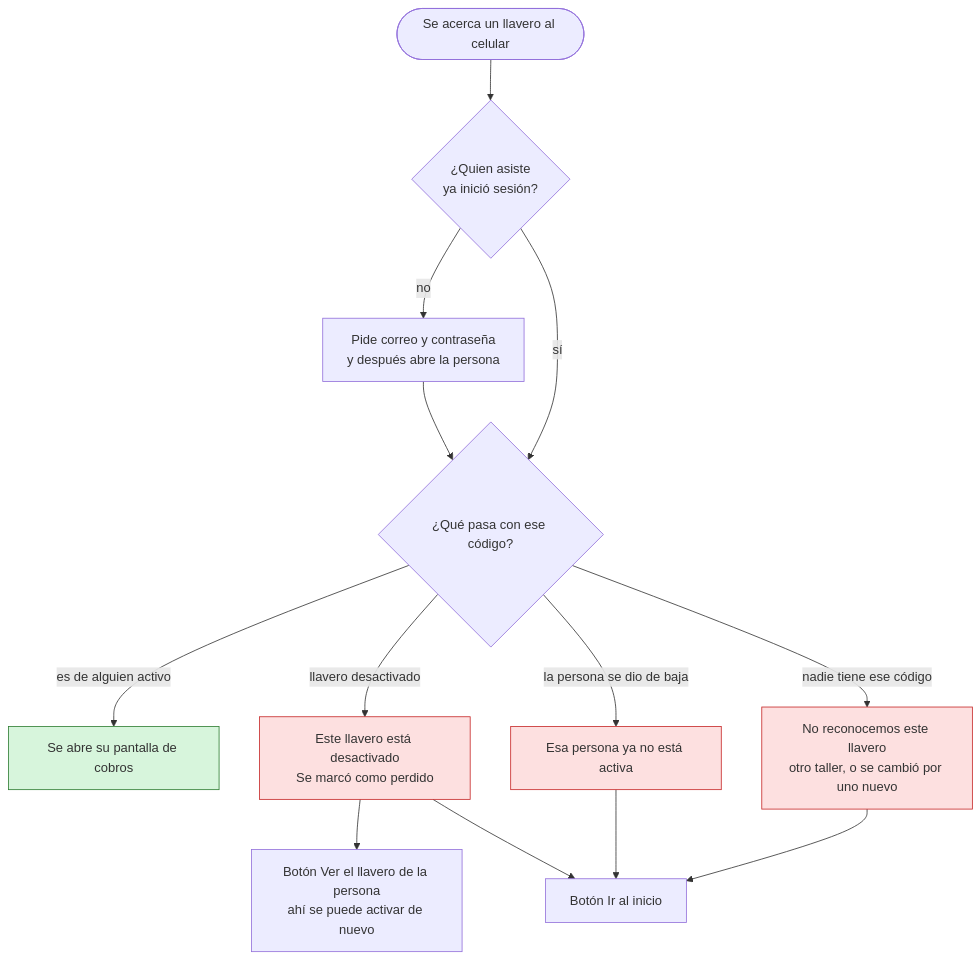
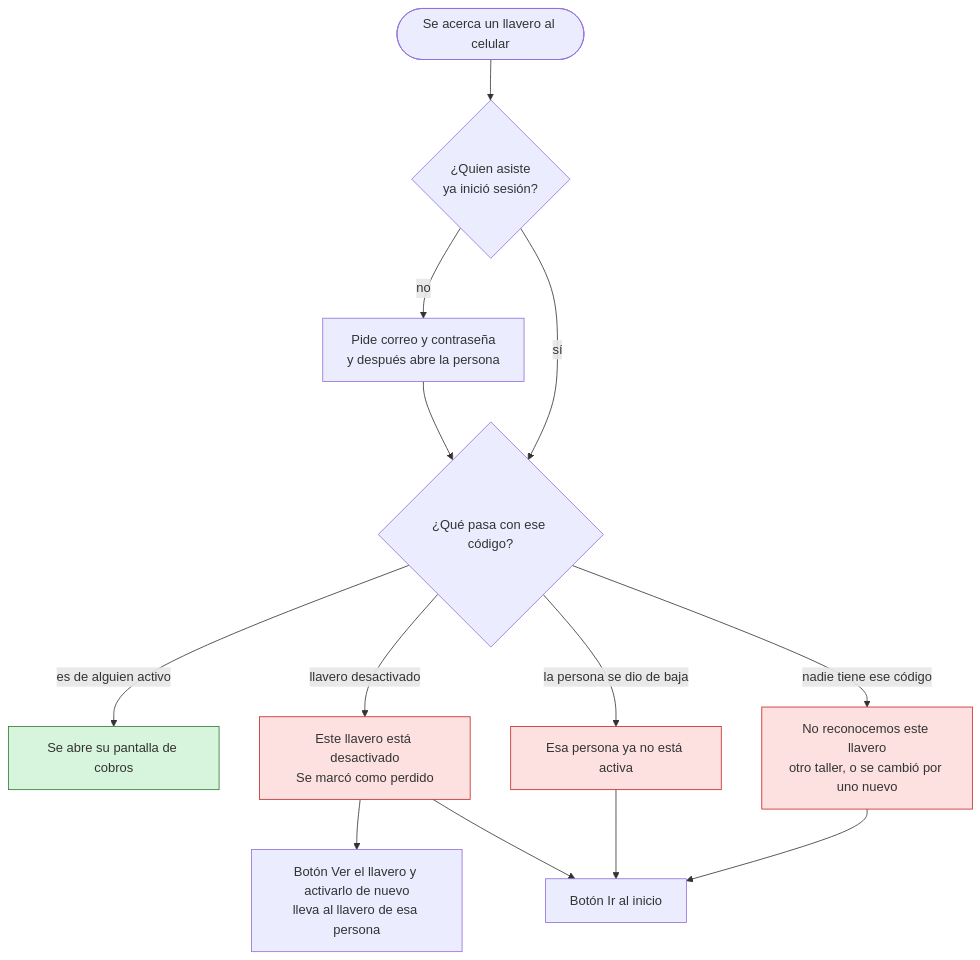
One commit to MissPili/cuentas-conmigo changed the fifth of 15 diagrams in docs/MANUAL-FLUJOS.md. Above: the diagram before and after it, drawn with Mermaid. The commit also changed other lines of this file and 1 other file, not shown here.

Commit message:
Llavero desactivado: el botón dice que ahí se activa de nuevo
Claude-Session: https://claude.ai/code/session_01ESvexMjqHkg8nxomUfPKmj

````diff
--- a/docs/MANUAL-FLUJOS.md
+++ b/docs/MANUAL-FLUJOS.md
@@ -115,19 +115,19 @@
 ```mermaid
 flowchart TD
   T(["Se acerca un llavero al celular"]) --> S{"¿Quien asiste<br>ya inició sesión?"}
   S -->|"no"| LG["Pide correo y contraseña<br>y después abre la persona"]
   LG --> D
   S -->|"sí"| D{"¿Qué pasa con ese código?"}
   D -->|"es de alguien activo"| OK["Se abre su pantalla de cobros"]
   D -->|"llavero desactivado"| A1["Este llavero está desactivado<br>Se marcó como perdido"]
   D -->|"la persona se dio de baja"| A2["Esa persona ya no está activa"]
   D -->|"nadie tiene ese código"| A3["No reconocemos este llavero<br>otro taller, o se cambió por uno nuevo"]
-  A1 --> V["Botón Ver el llavero de la persona<br>ahí se puede activar de nuevo"]
+  A1 --> V["Botón Ver el llavero y activarlo de nuevo<br>lleva al llavero de esa persona"]
   A1 --> H1["Botón Ir al inicio"]
   A2 --> H1
   A3 --> H1
   style OK fill:#d7f5dc,stroke:#2e7d32
   style A1 fill:#fde0e0,stroke:#c62828
   style A2 fill:#fde0e0,stroke:#c62828
   style A3 fill:#fde0e0,stroke:#c62828
 ```
````
